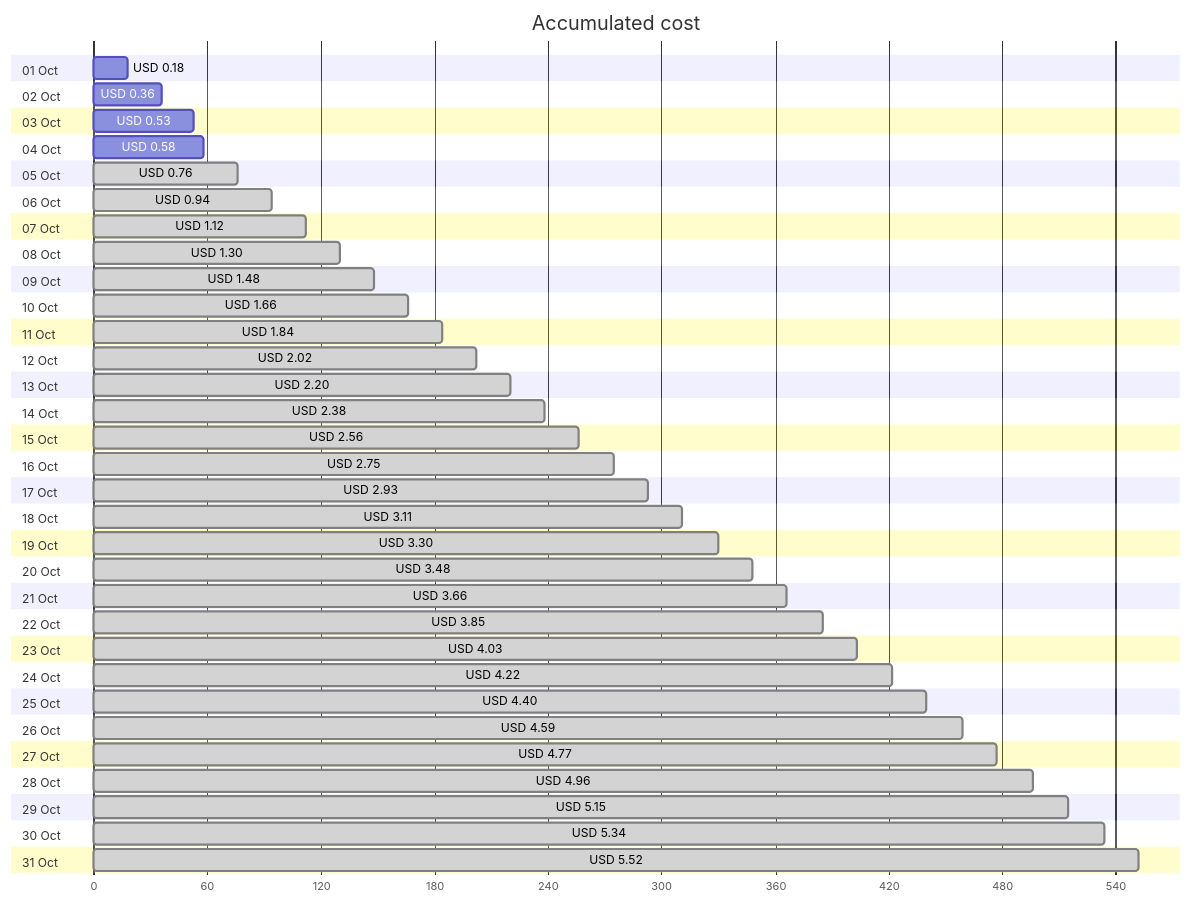
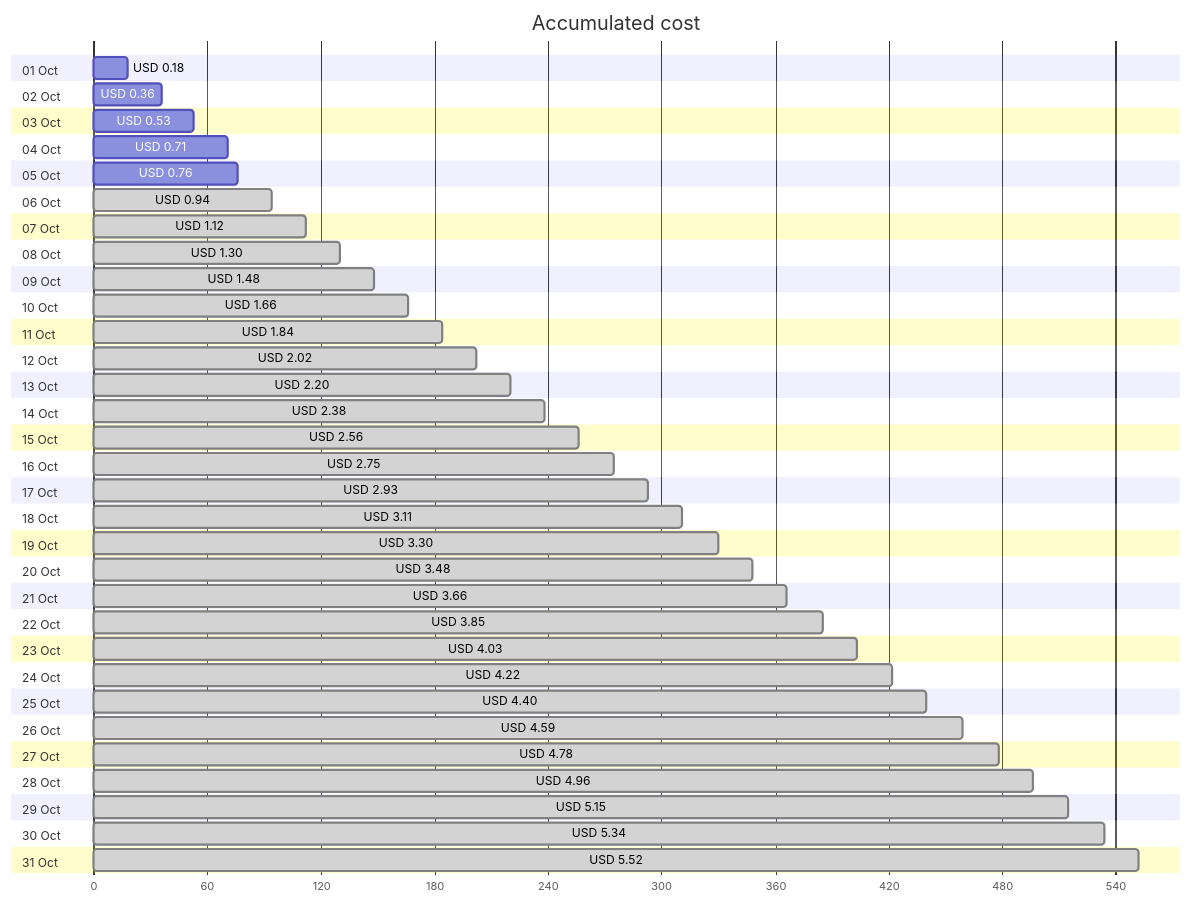
The first of 4 diagrams in cost-reports/personal-network/backup-server.md (jpfulton/azure-personal-reports), drawn with Mermaid before and after one commit. The commit also changed other lines of this file and 8 other files, not shown here.

````diff
--- a/cost-reports/personal-network/backup-server.md
+++ b/cost-reports/personal-network/backup-server.md
@@ -20,68 +20,68 @@
 ```mermaid
 gantt
    title Accumulated cost
    dateFormat  X
    axisFormat %s
    section 01 Oct
    USD 0.18 :0, 18
    section 02 Oct
    USD 0.36 :0, 36
    section 03 Oct
    USD 0.53 :0, 53
    section 04 Oct
-   USD 0.58 :0, 58
+   USD 0.71 :0, 71
    section 05 Oct
-   USD 0.76 : done, 0, 76
+   USD 0.76 :0, 76
    section 06 Oct
    USD 0.94 : done, 0, 94
    section 07 Oct
    USD 1.12 : done, 0, 112
    section 08 Oct
    USD 1.30 : done, 0, 130
    section 09 Oct
    USD 1.48 : done, 0, 148
    section 10 Oct
    USD 1.66 : done, 0, 166
    section 11 Oct
    USD 1.84 : done, 0, 184
    section 12 Oct
    USD 2.02 : done, 0, 202
    section 13 Oct
    USD 2.20 : done, 0, 220
    section 14 Oct
    USD 2.38 : done, 0, 238
    section 15 Oct
    USD 2.56 : done, 0, 256
    section 16 Oct
    USD 2.75 : done, 0, 275
    section 17 Oct
    USD 2.93 : done, 0, 293
    section 18 Oct
    USD 3.11 : done, 0, 311
    section 19 Oct
    USD 3.30 : done, 0, 330
    section 20 Oct
    USD 3.48 : done, 0, 348
    section 21 Oct
    USD 3.66 : done, 0, 366
    section 22 Oct
    USD 3.85 : done, 0, 385
    section 23 Oct
    USD 4.03 : done, 0, 403
    section 24 Oct
    USD 4.22 : done, 0, 422
    section 25 Oct
    USD 4.40 : done, 0, 440
    section 26 Oct
    USD 4.59 : done, 0, 459
    section 27 Oct
-   USD 4.77 : done, 0, 477
+   USD 4.78 : done, 0, 478
    section 28 Oct
    USD 4.96 : done, 0, 496
    section 29 Oct
    USD 5.15 : done, 0, 515
    section 30 Oct
    USD 5.34 : done, 0, 534
    section 31 Oct
    USD 5.52 : done, 0, 552
 ```
````
